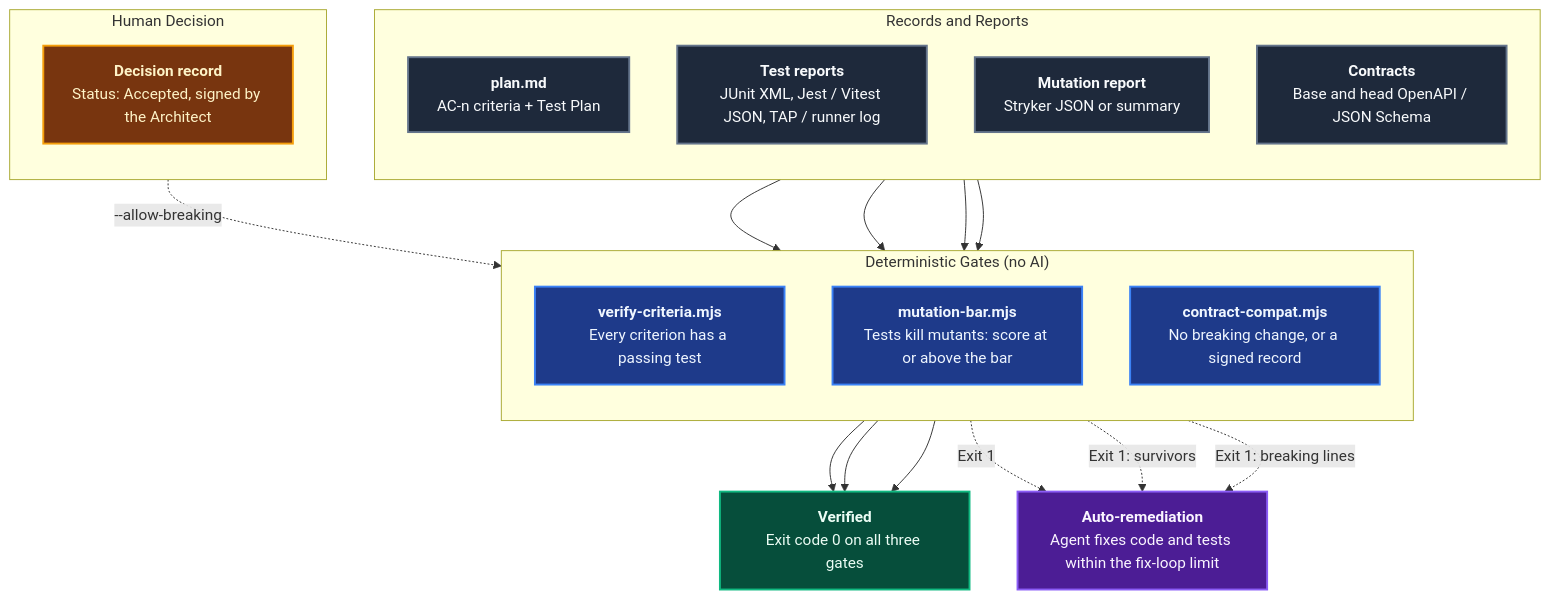
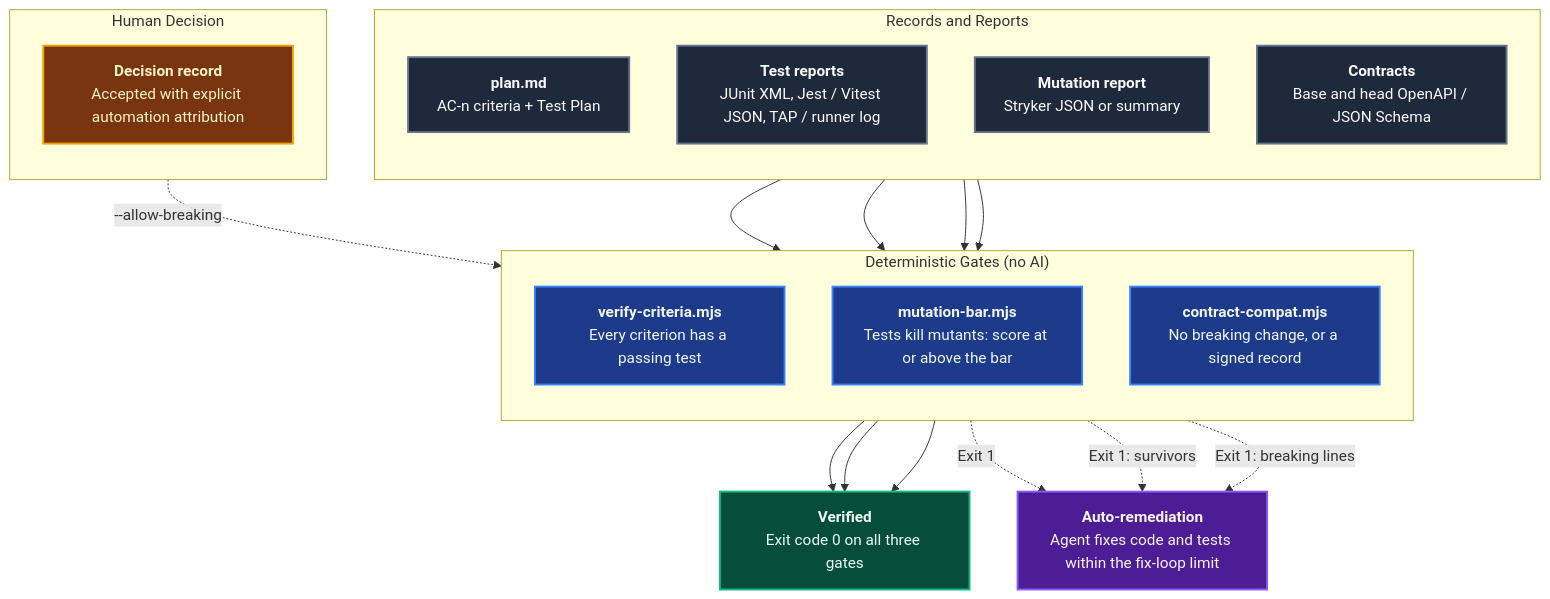
Before and after one commit to ALTEN-group/coding-pal: the second of 4 diagrams in website/docs/guide/domain-prove.md, drawn with Mermaid. The commit also changed other lines of this file and 45 other files, not shown here.

````diff
--- a/website/docs/guide/domain-prove.md
+++ b/website/docs/guide/domain-prove.md
@@ -120,52 +120,52 @@
 ```mermaid
 ---
 caption: From Test and Tool Reports to a Verification Verdict (Prove)
 ---
 flowchart TD
     subgraph Inputs ["Records and Reports"]
         direction TB
         PLAN["<b>plan.md</b><br/>AC-n criteria + Test Plan"]
         TEST["<b>Test reports</b><br/>JUnit XML, Jest / Vitest JSON, TAP / runner log"]
         MUT["<b>Mutation report</b><br/>Stryker JSON or summary"]
         API["<b>Contracts</b><br/>Base and head OpenAPI / JSON Schema"]
     end
 
     subgraph Gates ["Deterministic Gates (no AI)"]
         direction TB
         CV["<b>verify-criteria.mjs</b><br/>Every criterion has a passing test"]
         MB["<b>mutation-bar.mjs</b><br/>Tests kill mutants: score at or above the bar"]
         CC["<b>contract-compat.mjs</b><br/>No breaking change, or a signed record"]
     end
 
     subgraph Human ["Human Decision"]
         direction TB
-        DR["<b>Decision record</b><br/>Status: Accepted, signed by the Architect"]
+        DR["<b>Decision record</b><br/>Accepted with explicit automation attribution"]
     end
 
     FIX["<b>Auto-remediation</b><br/>Agent fixes code and tests within the fix-loop limit"]
     OUT["<b>Verified</b><br/>Exit code 0 on all three gates"]
 
     PLAN --> CV
     TEST --> CV
     MUT --> MB
     API --> CC
     DR -.->|"--allow-breaking"| CC
     CV --> OUT
     MB --> OUT
     CC --> OUT
     CV -.->|"Exit 1"| FIX
     MB -.->|"Exit 1: survivors"| FIX
     CC -.->|"Exit 1: breaking lines"| FIX
 
     classDef gate fill:#1e3a8a,stroke:#3b82f6,stroke-width:2px,color:#eff6ff;
     classDef artifact fill:#064e3b,stroke:#10b981,stroke-width:2px,color:#ecfdf5;
     classDef input fill:#1e293b,stroke:#64748b,stroke-width:2px,color:#f8fafc;
     classDef human fill:#78350f,stroke:#f59e0b,stroke-width:2px,color:#fef3c7;
     classDef fix fill:#4c1d95,stroke:#8b5cf6,stroke-width:2px,color:#faf5ff;
 
     class PLAN,TEST,MUT,API input;
     class CV,MB,CC gate;
     class OUT artifact;
     class DR human;
     class FIX fix;
 ```
````
